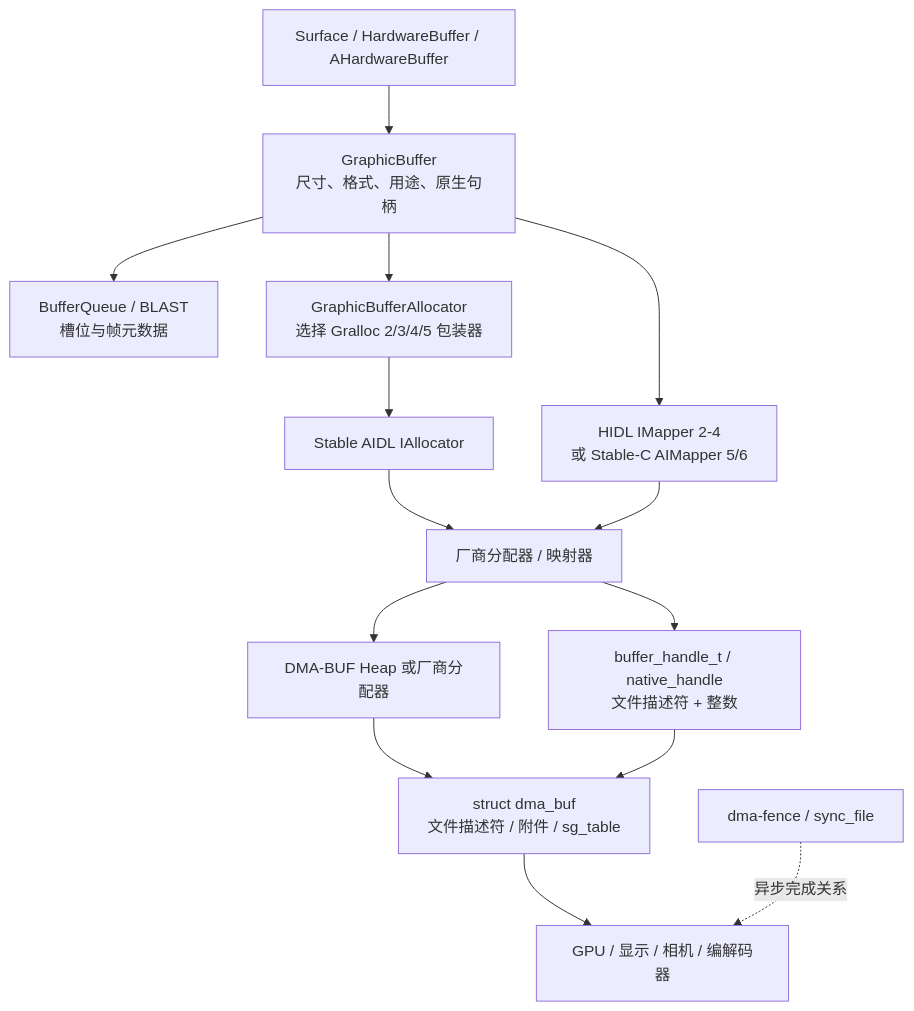
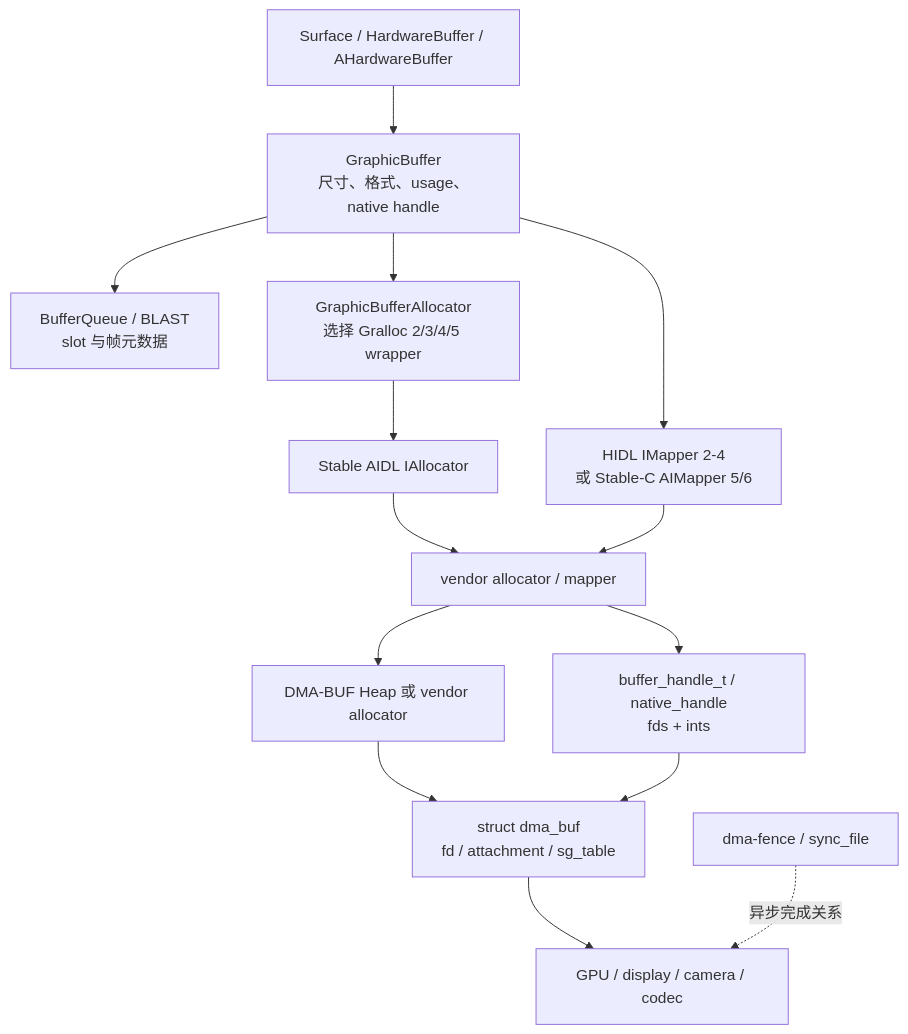
Before and after one commit to Gracker/android-internals-wiki: the first of 2 diagrams in src/part1-fundamentals/ch02-rendering/15-dmabuf-gralloc.md, drawn with Mermaid. The commit also changed other lines of this file and 4 other files, not shown here.

````diff
--- a/src/part1-fundamentals/ch02-rendering/15-dmabuf-gralloc.md
+++ b/src/part1-fundamentals/ch02-rendering/15-dmabuf-gralloc.md
@@ -149,25 +149,25 @@
 ```mermaid
 flowchart TD
     API["Surface / HardwareBuffer / AHardwareBuffer"]
-    GB["GraphicBuffer<br/>尺寸、格式、用途、原生句柄"]
-    BQ["BufferQueue / BLAST<br/>槽位与帧元数据"]
-    Alloc["GraphicBufferAllocator<br/>选择 Gralloc 2/3/4/5 包装器"]
+    GB["GraphicBuffer<br/>尺寸、格式、usage、native handle"]
+    BQ["BufferQueue / BLAST<br/>slot 与帧元数据"]
+    Alloc["GraphicBufferAllocator<br/>选择 Gralloc 2/3/4/5 wrapper"]
     AIDL["Stable AIDL IAllocator"]
     Mapper["HIDL IMapper 2-4<br/>或 Stable-C AIMapper 5/6"]
-    Vendor["厂商分配器 / 映射器"]
-    Handle["buffer_handle_t / native_handle<br/>文件描述符 + 整数"]
-    DmaHeap["DMA-BUF Heap 或厂商分配器"]
-    DmaBuf["struct dma_buf<br/>文件描述符 / 附件 / sg_table"]
-    Devices["GPU / 显示 / 相机 / 编解码器"]
+    Vendor["vendor allocator / mapper"]
+    Handle["buffer_handle_t / native_handle<br/>fds + ints"]
+    DmaHeap["DMA-BUF Heap 或 vendor allocator"]
+    DmaBuf["struct dma_buf<br/>fd / attachment / sg_table"]
+    Devices["GPU / display / camera / codec"]
     Fence["dma-fence / sync_file"]
 
     API --> GB
     GB --> BQ
     GB --> Alloc --> AIDL --> Vendor
     GB --> Mapper --> Vendor
     Vendor --> Handle
     Vendor --> DmaHeap --> DmaBuf
     Handle --> DmaBuf
     DmaBuf --> Devices
     Fence -. 异步完成关系 .-> Devices
 ```
````
